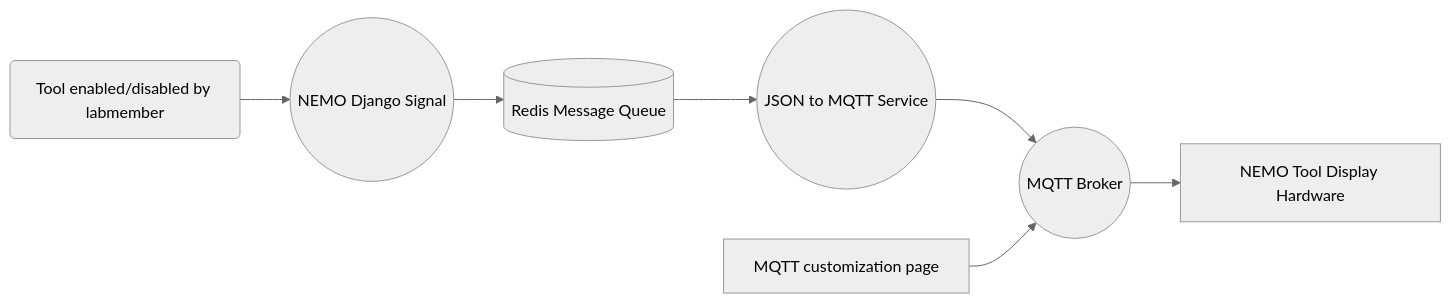
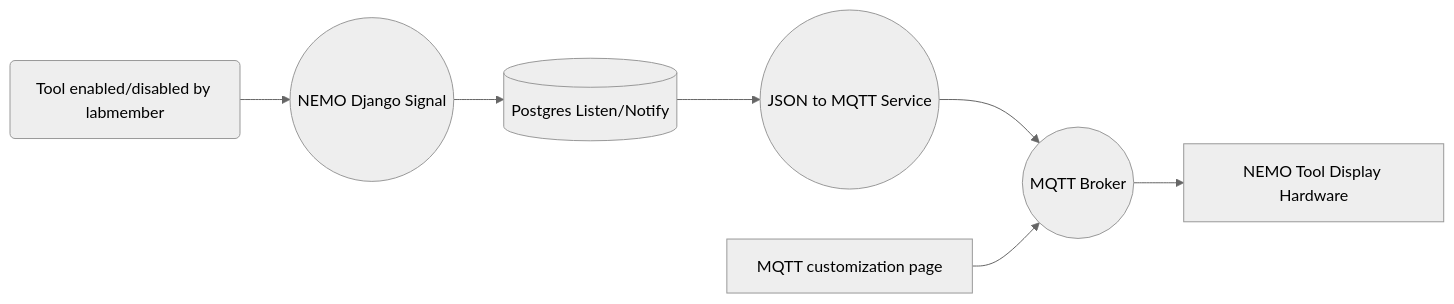
The diagram in src/coding/NEMO-MQTT-Bridge.md (alexanderenrique/alexanderenrique.github.io), drawn with Mermaid (neutral theme) before and after one commit. The commit also changed other lines of this file and 13 other files, not shown here.

```diff
--- a/src/coding/NEMO-MQTT-Bridge.md
+++ b/src/coding/NEMO-MQTT-Bridge.md
@@ -29,10 +22,10 @@
 {% mermaid %}
 graph LR
     A@{shape: rounded, label: "Tool enabled/disabled by labmember"}
     A --> B(("NEMO Django Signal"))
-    B --> C[("Redis Message Queue")]
+    B --> C[("Postgres Listen/Notify")]
     C --> D(("JSON to MQTT Service"))
     D --> E(("MQTT Broker"))
     E --> F["NEMO Tool Display Hardware"]
     G["MQTT customization page"] --> E
 {% endmermaid %}
```
